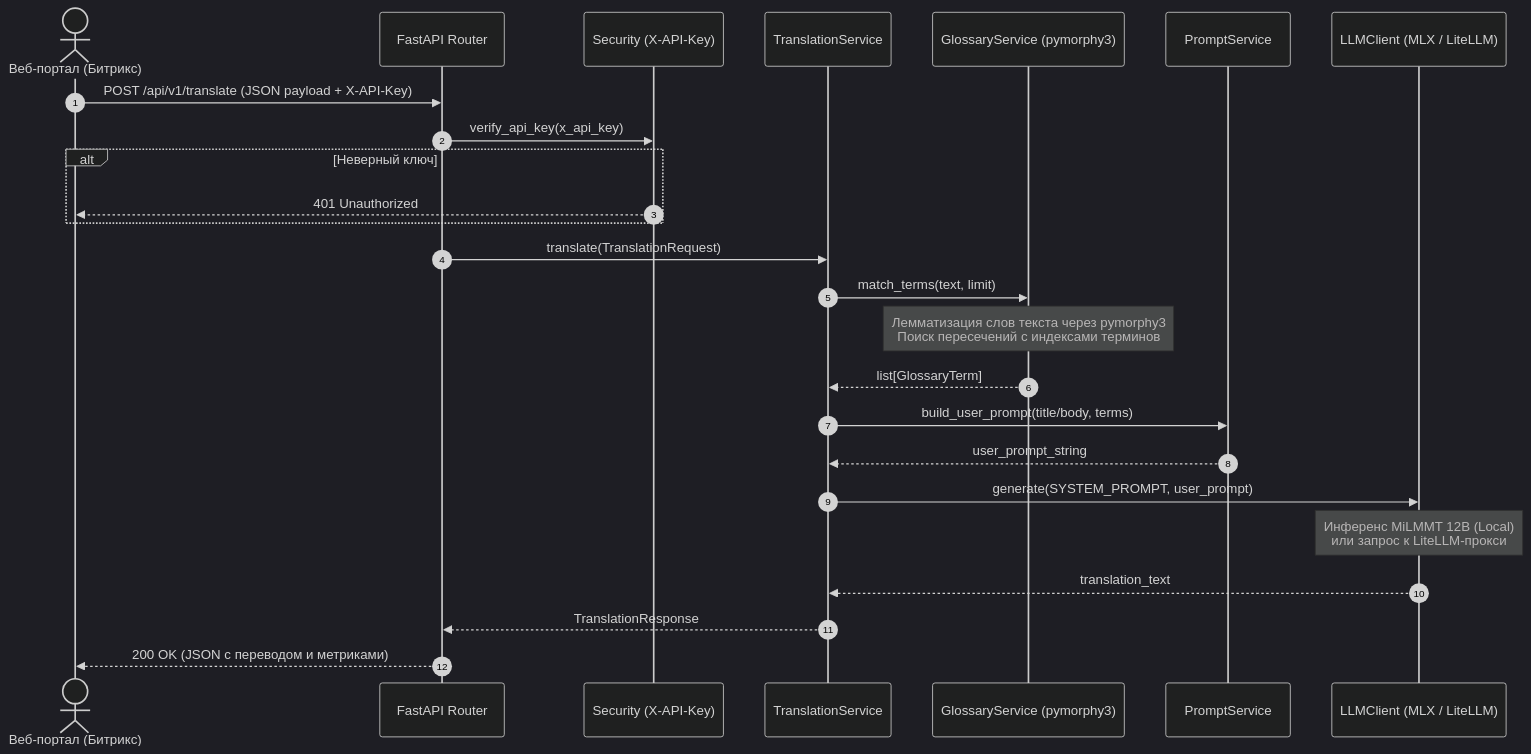
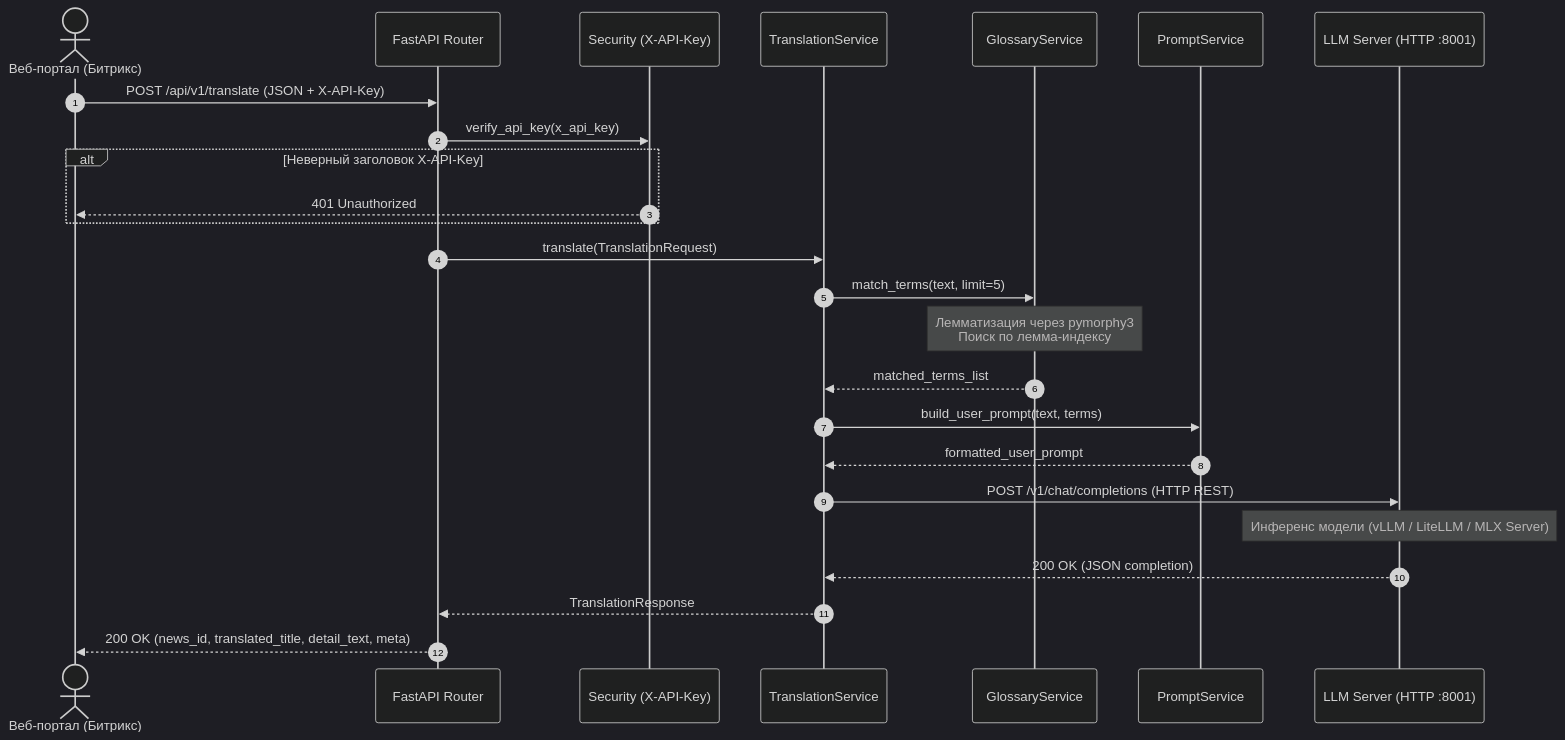
One commit to fewewra/prism-agent-news-translator changed the diagram in docs/assets/sequence.mmd. Above: the diagram before and after it, drawn with Mermaid (dark theme). The commit also changed 4 other files, not shown here.

Commit message:
AICHAT-582: Обновлены Mermaid диаграммы, OpenAPI спецификация и методология под чистую HTTP REST архитектуру

```diff
--- a/docs/assets/sequence.mmd
+++ b/docs/assets/sequence.mmd
@@ -1,26 +1,26 @@
 sequenceDiagram
     autonumber
     actor Bitrix as Веб-портал (Битрикс)
     participant API as FastAPI Router
     participant Sec as Security (X-API-Key)
     participant TS as TranslationService
-    participant GS as GlossaryService (pymorphy3)
+    participant GS as GlossaryService
     participant PS as PromptService
-    participant LLM as LLMClient (MLX / LiteLLM)
+    participant LLM as LLM Server (HTTP :8001)
 
-    Bitrix->>API: POST /api/v1/translate (JSON payload + X-API-Key)
+    Bitrix->>API: POST /api/v1/translate (JSON + X-API-Key)
     API->>Sec: verify_api_key(x_api_key)
-    alt Неверный ключ
+    alt Неверный заголовок X-API-Key
         Sec-->>Bitrix: 401 Unauthorized
     end
     API->>TS: translate(TranslationRequest)
-    TS->>GS: match_terms(text, limit)
-    Note over GS: Лемматизация слов текста через pymorphy3<br/>Поиск пересечений с индексами терминов
-    GS-->>TS: list[GlossaryTerm]
-    TS->>PS: build_user_prompt(title/body, terms)
-    PS-->>TS: user_prompt_string
-    TS->>LLM: generate(SYSTEM_PROMPT, user_prompt)
-    Note over LLM: Инференс MiLMMT 12B (Local)<br/>или запрос к LiteLLM-прокси
-    LLM-->>TS: translation_text
+    TS->>GS: match_terms(text, limit=5)
+    Note over GS: Лемматизация через pymorphy3<br/>Поиск по лемма-индексу
+    GS-->>TS: matched_terms_list
+    TS->>PS: build_user_prompt(text, terms)
+    PS-->>TS: formatted_user_prompt
+    TS->>LLM: POST /v1/chat/completions (HTTP REST)
+    Note over LLM: Инференс модели (vLLM / LiteLLM / MLX Server)
+    LLM-->>TS: 200 OK (JSON completion)
     TS-->>API: TranslationResponse
-    API-->>Bitrix: 200 OK (JSON с переводом и метриками)
+    API-->>Bitrix: 200 OK (news_id, translated_title, detail_text, meta)
```
